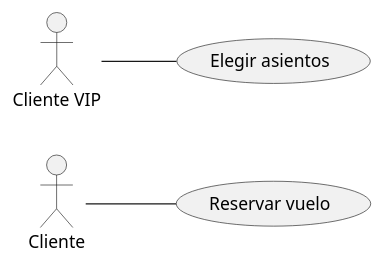
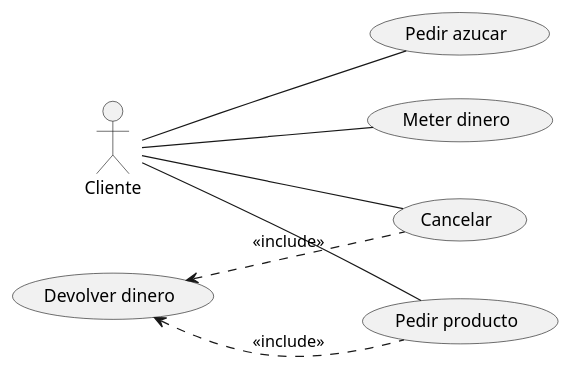
Before and after one commit to NuriaSan/Practica_Clases_PlantUml: the diagram in src/Proyecto.puml, drawn with PlantUML. The commit also changed 1 other file, not shown here.

```diff
--- a/src/Proyecto.puml
+++ b/src/Proyecto.puml
@@ -1,8 +1,15 @@
 @startuml
 left to right direction
-usecase "Reservar vuelo" as rv
-usecase "Elegir asientos" as ea
-    "Cliente VIP" -- ea
-    "Cliente" -- rv
+usecase "Meter dinero" as md
+usecase "Pedir azucar" as pa
+usecase "Pedir producto" as pp
+usecase "Cancelar" as c
+usecase "Devolver dinero" as dd
+    Cliente --md
+    Cliente --pa
+    Cliente --pp
+    Cliente --c
+    dd <.. pp : <<include>>
+    dd <.. c : <<include>>
 
 @enduml
```
